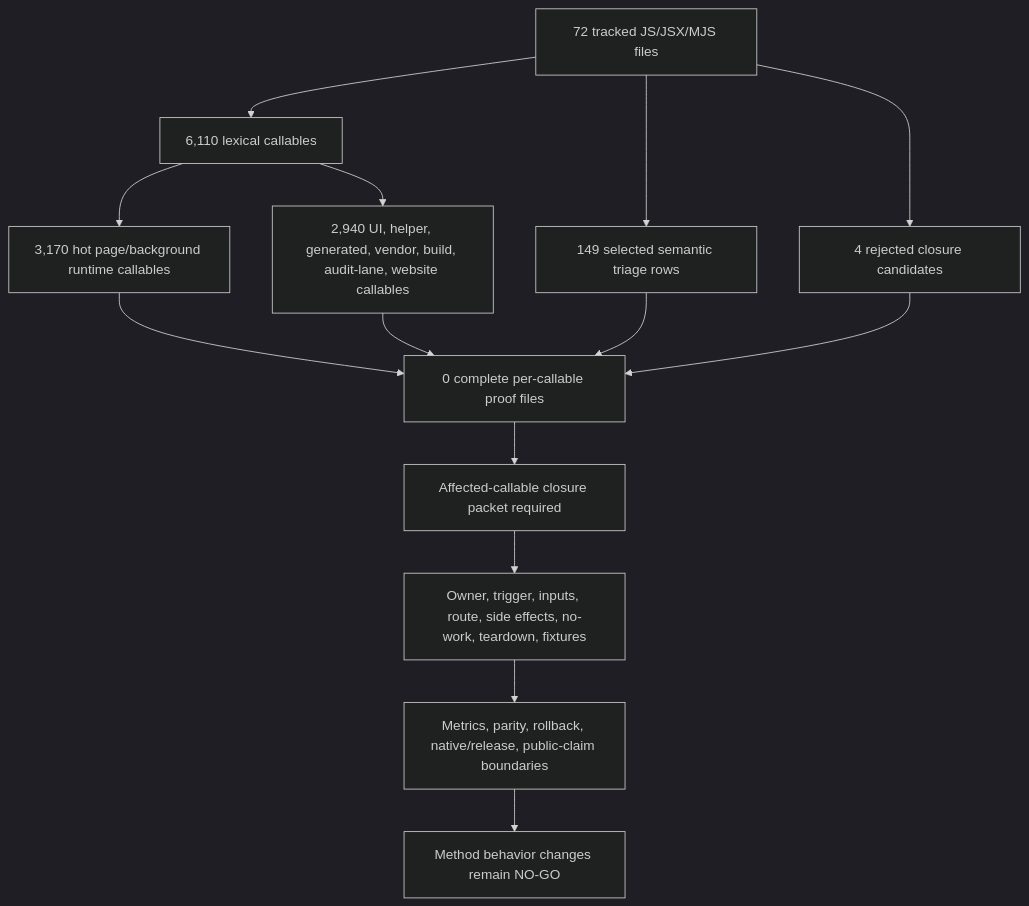
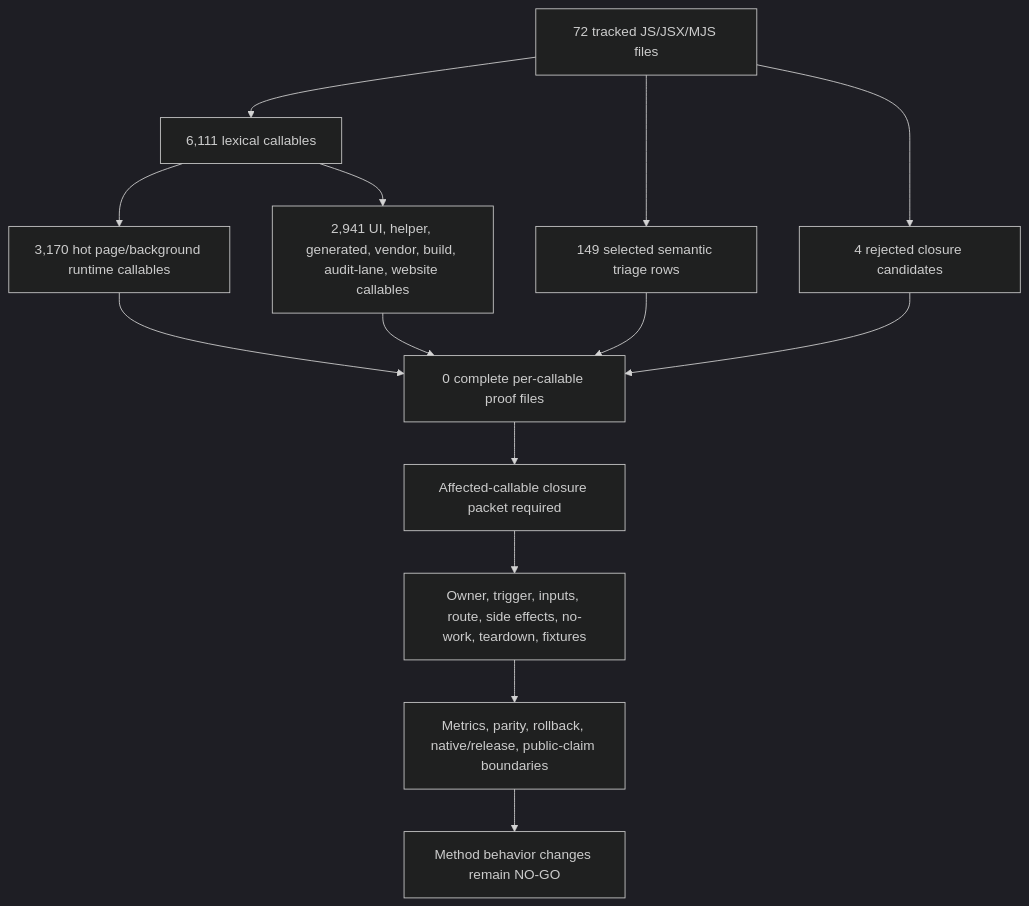
The first of 2 diagrams in docs/audit/FILTERTUBE_METHOD_SEMANTIC_PROOF_GAP_INDEX_CURRENT_BEHAVIOR_2026-05-25.md (varshneydevansh/FilterTube), drawn with Mermaid (dark theme) before and after one commit. The commit also changed other lines of this file and 46 other files, not shown here.

````diff
--- a/docs/audit/FILTERTUBE_METHOD_SEMANTIC_PROOF_GAP_INDEX_CURRENT_BEHAVIOR_2026-05-25.md
+++ b/docs/audit/FILTERTUBE_METHOD_SEMANTIC_PROOF_GAP_INDEX_CURRENT_BEHAVIOR_2026-05-25.md
@@ -147,16 +147,16 @@
 ```mermaid
 flowchart TD
-  A["72 tracked JS/JSX/MJS files"] --> B["6,110 lexical callables"]
+  A["72 tracked JS/JSX/MJS files"] --> B["6,111 lexical callables"]
   B --> C["3,170 hot page/background runtime callables"]
-  B --> D["2,940 UI, helper, generated, vendor, build, audit-lane, website callables"]
+  B --> D["2,941 UI, helper, generated, vendor, build, audit-lane, website callables"]
   A --> E["149 selected semantic triage rows"]
   A --> F["4 rejected closure candidates"]
   C --> G["0 complete per-callable proof files"]
   D --> G
   E --> G
   F --> G
   G --> H["Affected-callable closure packet required"]
   H --> I["Owner, trigger, inputs, route, side effects, no-work, teardown, fixtures"]
   I --> J["Metrics, parity, rollback, native/release, public-claim boundaries"]
   J --> K["Method behavior changes remain NO-GO"]
 ```
````
